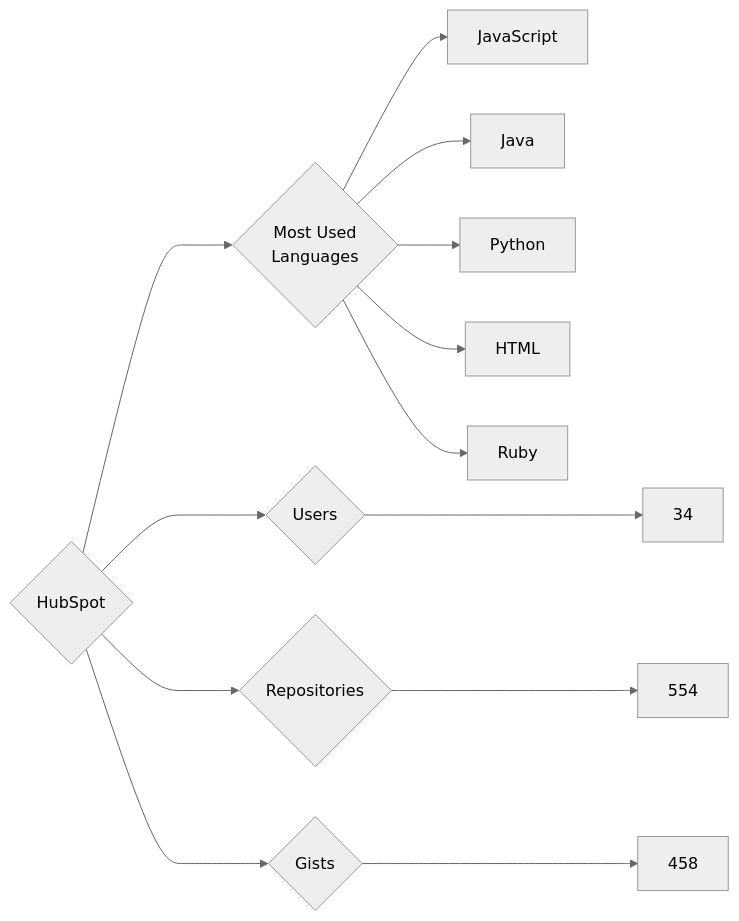
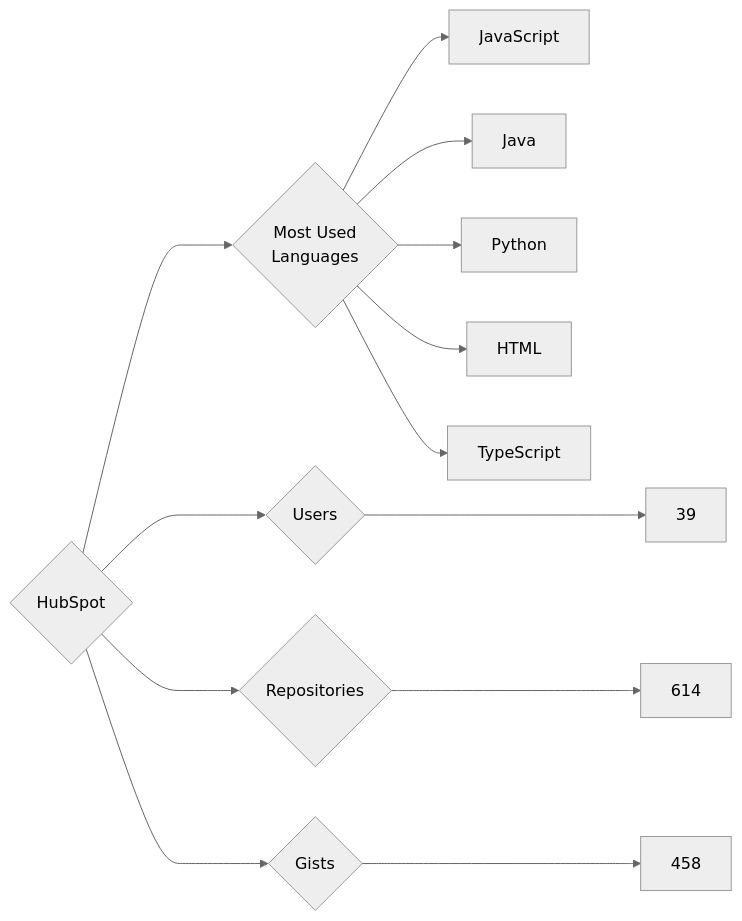
Before and after one commit to trickest/insiders: the diagram in targets/HubSpot/README.md, drawn with Mermaid (neutral theme). The commit also changed 1195 other files, not shown here.

````diff
--- a/targets/HubSpot/README.md
+++ b/targets/HubSpot/README.md
@@ -3,13 +3,13 @@
 ```mermaid
 graph LR
 COMPANY_NAME{HubSpot}
-COMPANY_NAME ---> U{Users} ---> UN[34]
-COMPANY_NAME ---> R{Repositories} ---> RN[554]
+COMPANY_NAME ---> U{Users} ---> UN[39]
+COMPANY_NAME ---> R{Repositories} ---> RN[614]
 COMPANY_NAME ---> G{Gists} ---> GN[458]
 COMPANY_NAME ---> ML{Most Used<br>Languages}
 ML --> JavaScript[JavaScript]
 ML --> Java[Java]
 ML --> Python[Python]
 ML --> HTML[HTML]
-ML --> Ruby[Ruby]
+ML --> TypeScript[TypeScript]
 ```
````
